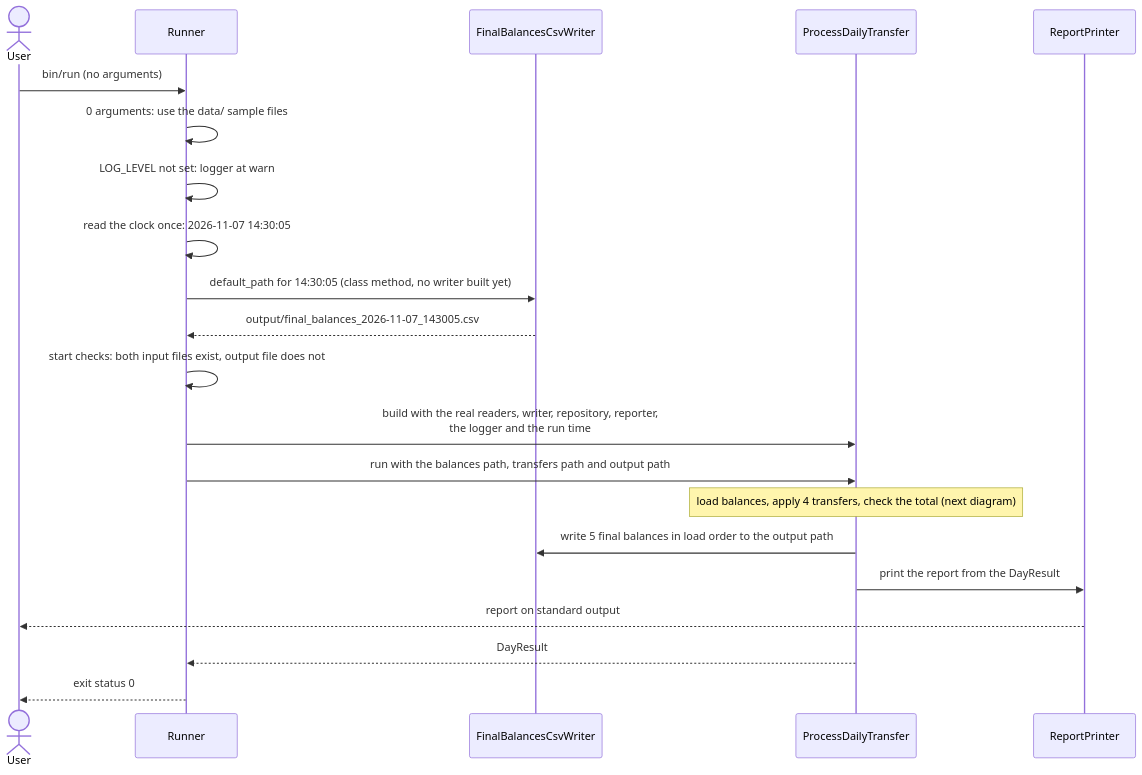
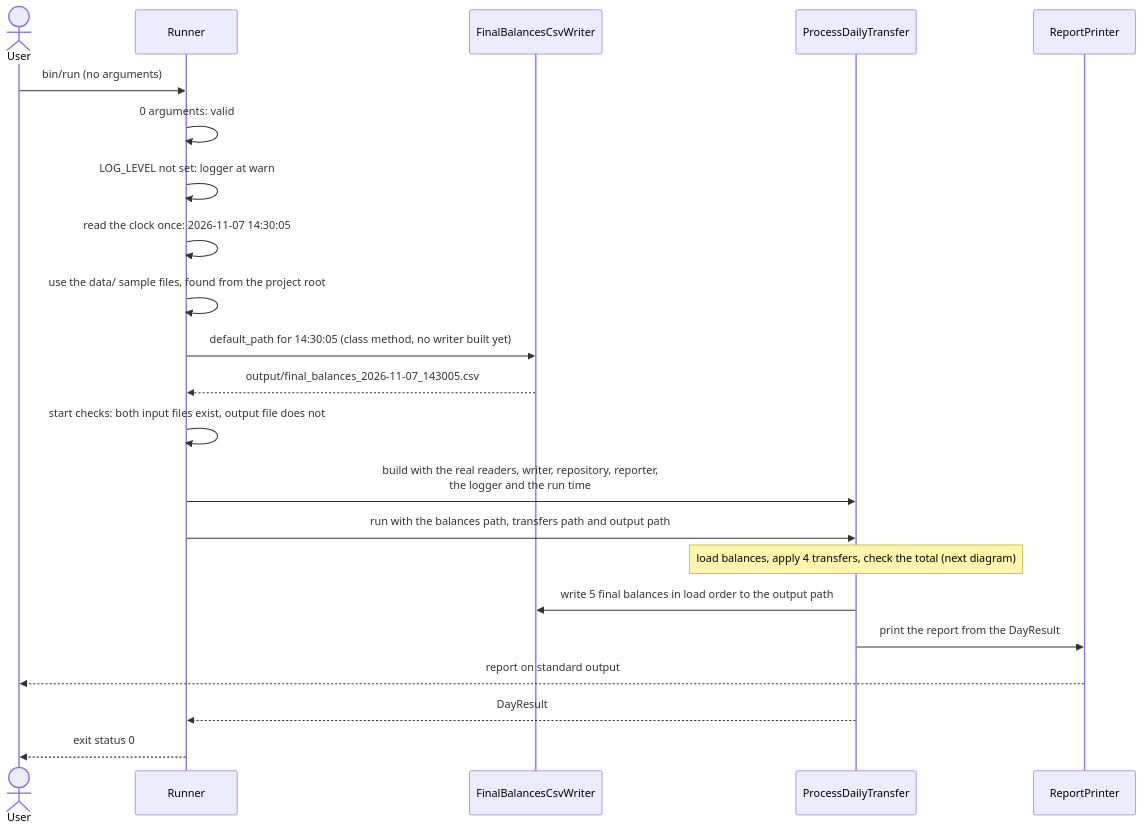
Before and after one commit to hetal-patel78/mable-backend-code-challenge: the first of 2 diagrams in docs/solution-design/07-logical-flow/02-sample-files-end-to-end.md, drawn with Mermaid. The commit also changed 20 other files, not shown here.

````diff
--- a/docs/solution-design/07-logical-flow/02-sample-files-end-to-end.md
+++ b/docs/solution-design/07-logical-flow/02-sample-files-end-to-end.md
@@ -9,23 +9,24 @@
 ```mermaid
 sequenceDiagram
     actor U as User
     participant R as Runner
     participant W as FinalBalancesCsvWriter
     participant P as ProcessDailyTransfer
     participant RP as ReportPrinter
     U->>R: bin/run (no arguments)
-    R->>R: 0 arguments: use the data/ sample files
+    R->>R: 0 arguments: valid
     R->>R: LOG_LEVEL not set: logger at warn
     R->>R: read the clock once: 2026-11-07 14:30:05
+    R->>R: use the data/ sample files, found from the project root
     R->>W: default_path for 14:30:05 (class method, no writer built yet)
     W-->>R: output/final_balances_2026-11-07_143005.csv
     R->>R: start checks: both input files exist, output file does not
     R->>P: build with the real readers, writer, repository, reporter,<br/>the logger and the run time
     R->>P: run with the balances path, transfers path and output path
     Note over P: load balances, apply 4 transfers, check the total (next diagram)
     P->>W: write 5 final balances in load order to the output path
     P->>RP: print the report from the DayResult
     RP-->>U: report on standard output
     P-->>R: DayResult
     R-->>U: exit status 0
 ```
````
